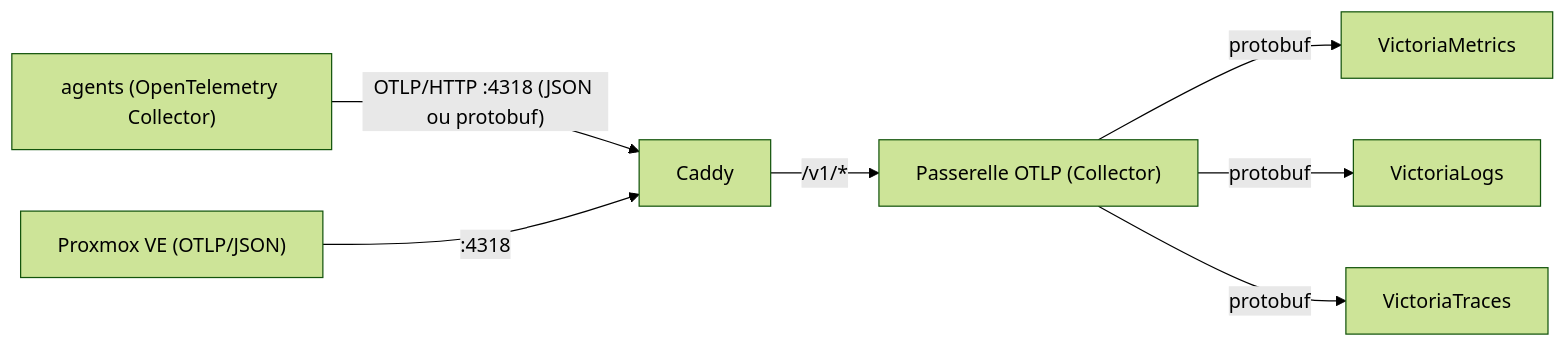
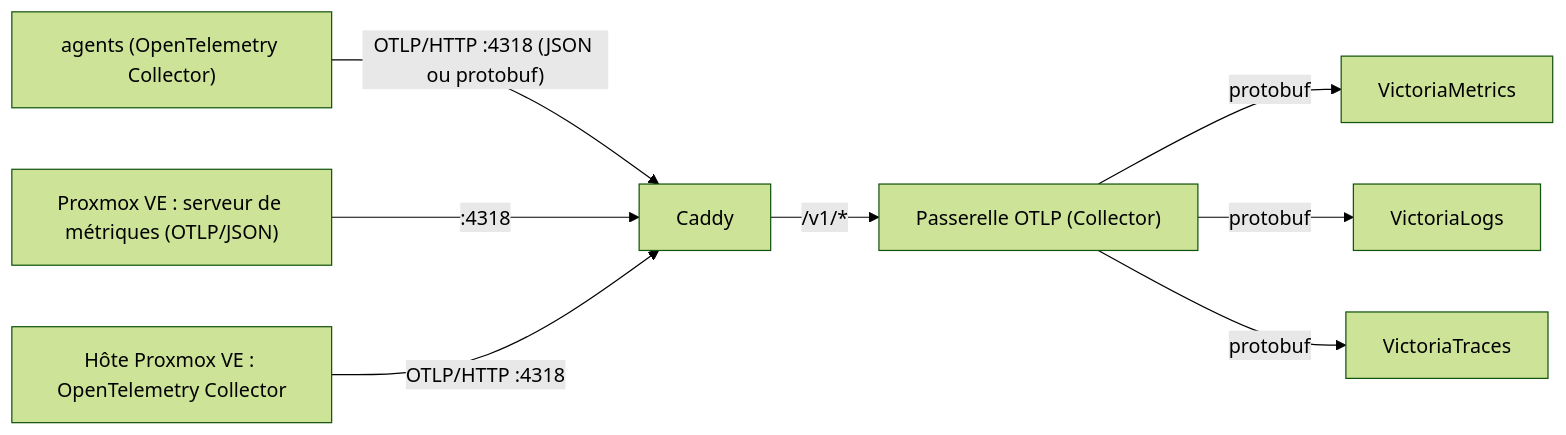
The diagram in docs/decisions/ADR-018-OTLP-comme-Protocole-d-Ingestion-Unique-pour-l-Appliance-d-Observabilite.md (chezmoidotsh/arcane), drawn with Mermaid (forest theme) before and after one commit. The commit also changed other lines of this file and 11 other files, not shown here.

First line of the commit message:
@[gh]: Document the Proxmox VE host OpenTelemetry Collector

````diff
--- a/docs/decisions/ADR-018-OTLP-comme-Protocole-d-Ingestion-Unique-pour-l-Appliance-d-Observabilite.md
+++ b/docs/decisions/ADR-018-OTLP-comme-Protocole-d-Ingestion-Unique-pour-l-Appliance-d-Observabilite.md
@@ -226,9 +229,10 @@
 ```mermaid
 flowchart LR
     agent["agents (OpenTelemetry Collector)"] -->|"OTLP/HTTP :4318 (JSON ou protobuf)"| caddy["Caddy"]
-    pve["Proxmox VE (OTLP/JSON)"] -->|":4318"| caddy
+    pve["Proxmox VE : serveur de métriques (OTLP/JSON)"] -->|":4318"| caddy
+    pvehost["Hôte Proxmox VE : OpenTelemetry Collector"] -->|"OTLP/HTTP :4318"| caddy
     caddy -->|"/v1/*"| gw["Passerelle OTLP (Collector)"]
     gw -->|"protobuf"| vm["VictoriaMetrics"]
     gw -->|"protobuf"| vl["VictoriaLogs"]
     gw -->|"protobuf"| vt["VictoriaTraces"]
 ```
````
